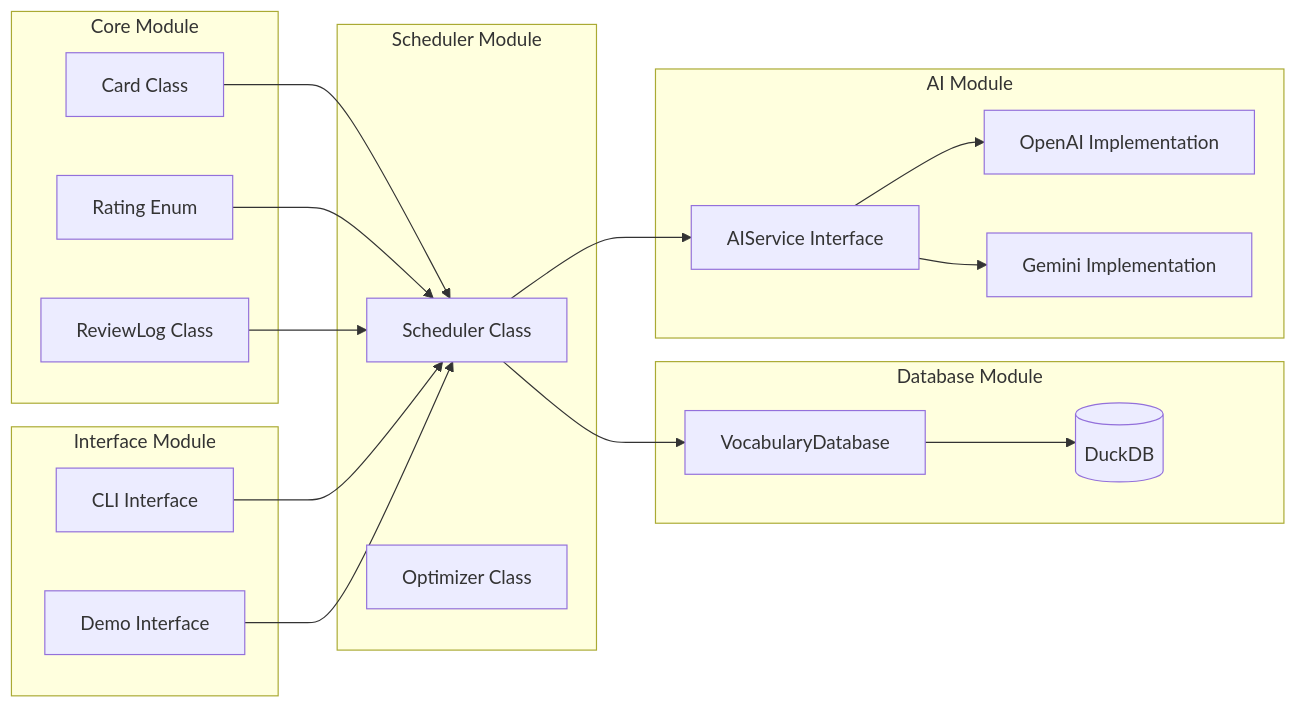
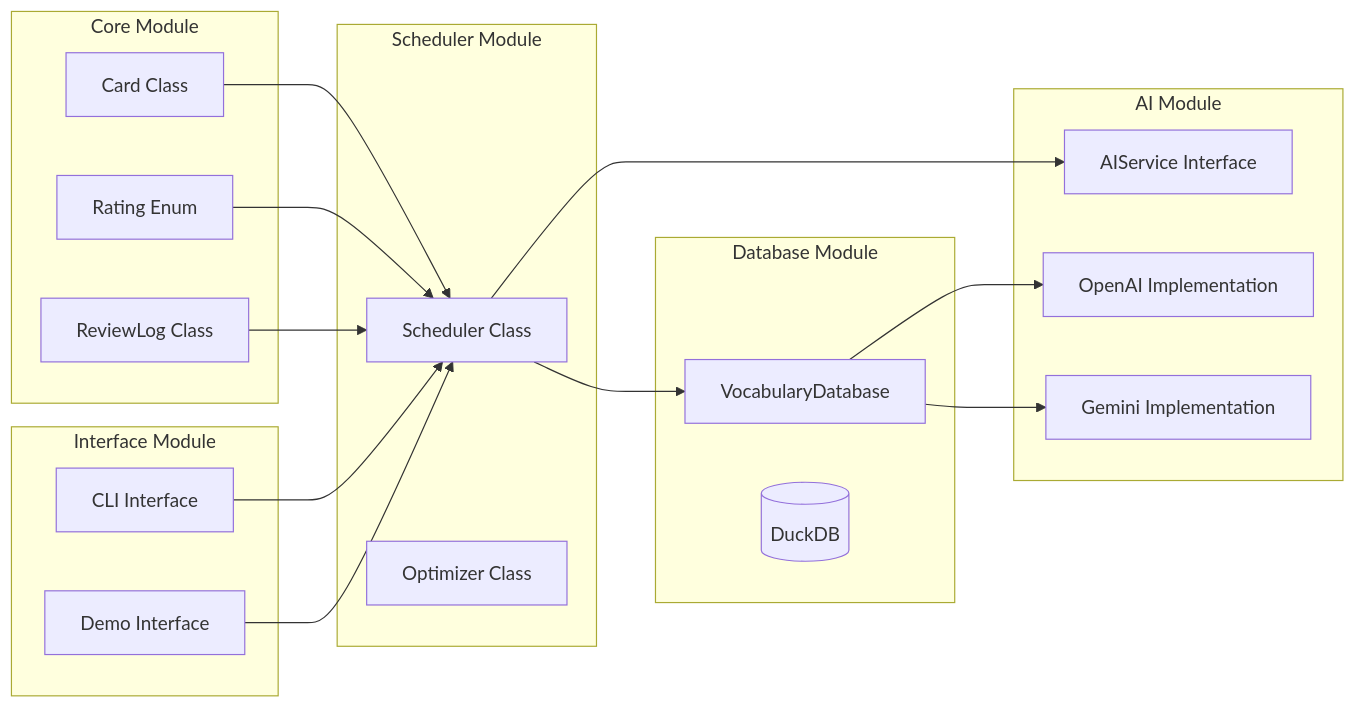
The fourth of 5 diagrams in docs/architecture.md (felipepenha/morphcards), drawn with Mermaid before and after one commit. The commit also changed other lines of this file and 9 other files, not shown here.

````diff
--- a/docs/architecture.md
+++ b/docs/architecture.md
@@ -135,44 +135,42 @@
 ```mermaid
 graph LR
     subgraph "Core Module"
         Card[Card Class]
         Rating[Rating Enum]
         ReviewLog[ReviewLog Class]
     end
     
     subgraph "Scheduler Module"
         Scheduler[Scheduler Class]
         Optimizer[Optimizer Class]
     end
     
     subgraph "Database Module"
         VocabDB[VocabularyDatabase]
         DuckDB[(DuckDB)]
     end
     
     subgraph "AI Module"
         AIService[AIService Interface]
         OpenAIService[OpenAI Implementation]
         GeminiService[Gemini Implementation]
     end
     
     subgraph "Interface Module"
         CLI[CLI Interface]
         Demo[Demo Interface]
     end
     
     Card --> Scheduler
     Rating --> Scheduler
     ReviewLog --> Scheduler
     
     Scheduler --> VocabDB
     Scheduler --> AIService
     
-    VocabDB --> DuckDB
-    
-    AIService --> OpenAIService
-    AIService --> GeminiService
+    VocabDB --> OpenAIService
+    VocabDB --> GeminiService
     
     CLI --> Scheduler
     Demo --> Scheduler
 ```
````
